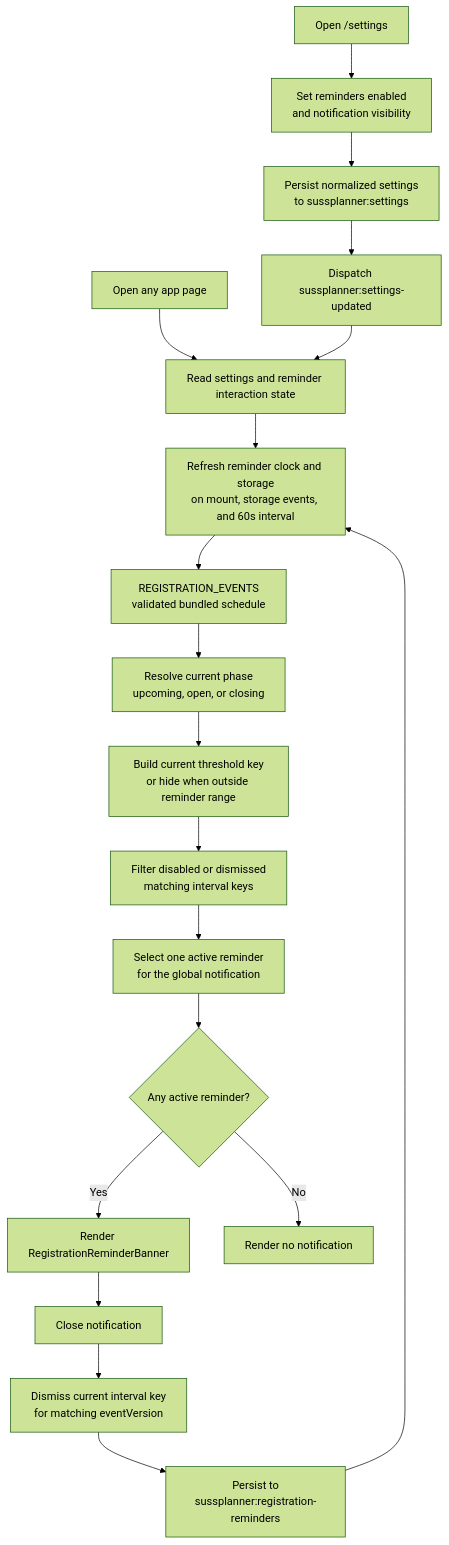
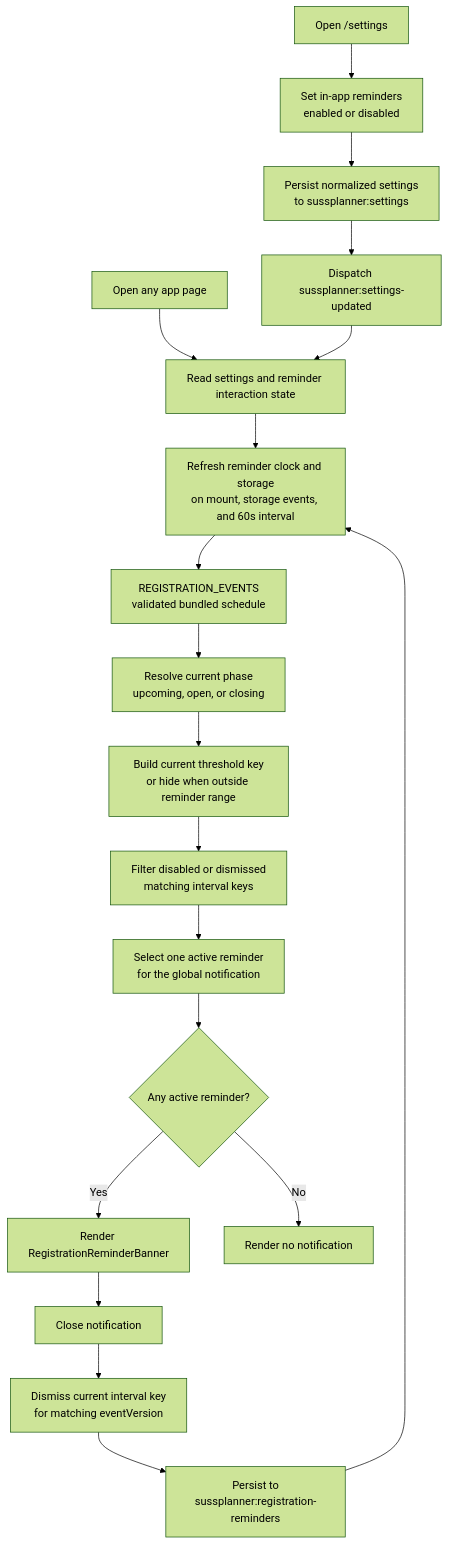
The sixth of 18 diagrams in docs/DeveloperGuide.md (lester-td/SUSSplanner), drawn with Mermaid (forest theme) before and after one commit. The commit also changed other lines of this file and 1 other file, not shown here.

````diff
--- a/docs/DeveloperGuide.md
+++ b/docs/DeveloperGuide.md
@@ -736,29 +736,29 @@
 ```mermaid
 flowchart TD
     Settings["Open /settings"]
-    Preferences["Set reminders enabled<br/>and notification visibility"]
+    Preferences["Set in-app reminders<br/>enabled or disabled"]
     SaveSettings["Persist normalized settings<br/>to sussplanner:settings"]
     NotifySettings["Dispatch sussplanner:settings-updated"]
     AppPage["Open any app page"]
     Hydrate["Read settings and reminder interaction state"]
     Tick["Refresh reminder clock and storage<br/>on mount, storage events, and 60s interval"]
     Schedule["REGISTRATION_EVENTS<br/>validated bundled schedule"]
     Phase["Resolve current phase<br/>upcoming, open, or closing"]
     Threshold["Build current threshold key<br/>or hide when outside reminder range"]
     Filter["Filter disabled or dismissed<br/>matching interval keys"]
     Urgent["Select one active reminder<br/>for the global notification"]
     Notification{"Any active reminder?"}
     Render["Render RegistrationReminderBanner"]
     Hidden["Render no notification"]
     Close["Close notification"]
     Dismiss["Dismiss current interval key<br/>for matching eventVersion"]
     SaveInteraction["Persist to<br/>sussplanner:registration-reminders"]
 
     Settings --> Preferences --> SaveSettings --> NotifySettings
     AppPage --> Hydrate --> Tick
     NotifySettings --> Hydrate
     Tick --> Schedule --> Phase --> Threshold --> Filter --> Urgent --> Notification
     Notification -->|Yes| Render
     Notification -->|No| Hidden
     Render --> Close --> Dismiss --> SaveInteraction --> Tick
 ```
````
